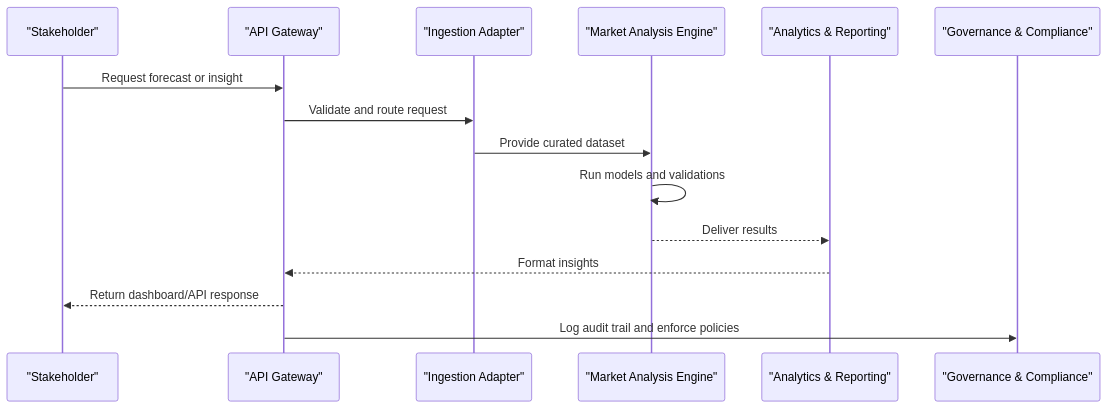
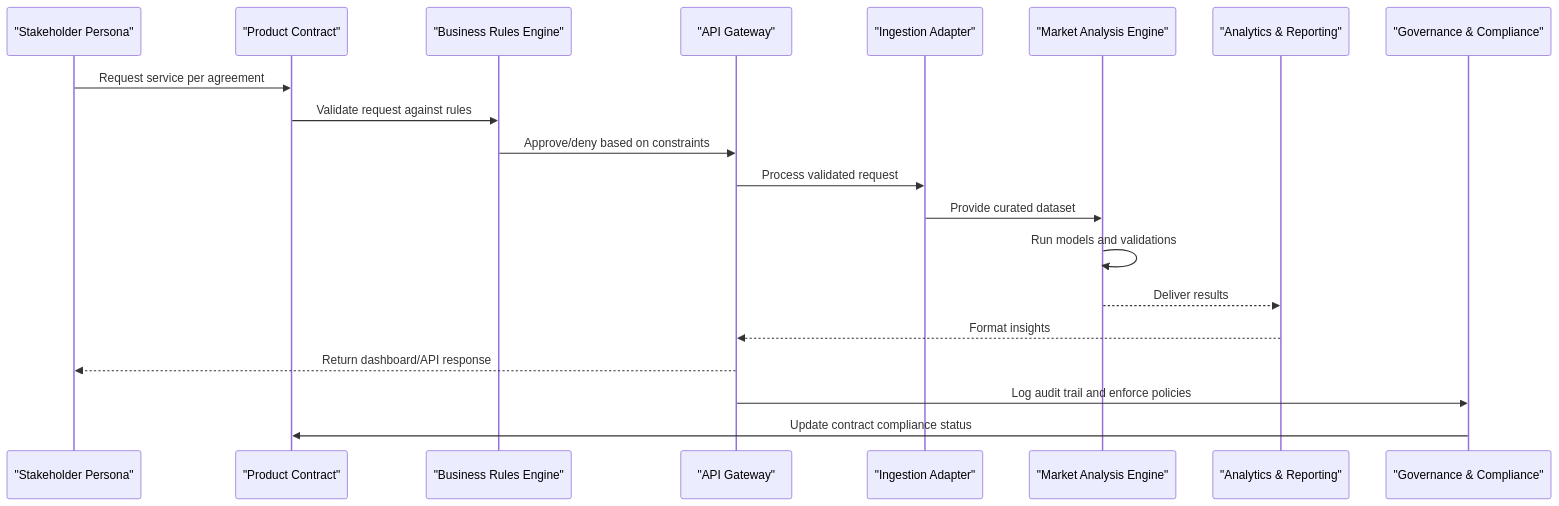
Before and after one commit to od3n/forecastiq: the fifth of 7 diagrams in .qoder/repowiki/en/content/Business Requirements & Analysis.md, drawn with Mermaid. The commit also changed other lines of this file and 3 other files, not shown here.

````diff
--- a/.qoder/repowiki/en/content/Business Requirements & Analysis.md
+++ b/.qoder/repowiki/en/content/Business Requirements & Analysis.md
@@ -194,17 +283,22 @@
 ```mermaid
 sequenceDiagram
-participant Stakeholder as "Stakeholder"
+participant Persona as "Stakeholder Persona"
+participant Contract as "Product Contract"
+participant Rules as "Business Rules Engine"
 participant API as "API Gateway"
 participant Ingestion as "Ingestion Adapter"
 participant Engine as "Market Analysis Engine"
 participant Reporting as "Analytics & Reporting"
 participant Governance as "Governance & Compliance"
-Stakeholder->>API : Request forecast or insight
-API->>Ingestion : Validate and route request
+Persona->>Contract : Request service per agreement
+Contract->>Rules : Validate request against rules
+Rules->>API : Approve/deny based on constraints
+API->>Ingestion : Process validated request
 Ingestion->>Engine : Provide curated dataset
 Engine->>Engine : Run models and validations
 Engine-->>Reporting : Deliver results
 Reporting-->>API : Format insights
-API-->>Stakeholder : Return dashboard/API response
+API-->>Persona : Return dashboard/API response
 API->>Governance : Log audit trail and enforce policies
+Governance->>Contract : Update contract compliance status
 ```
````
